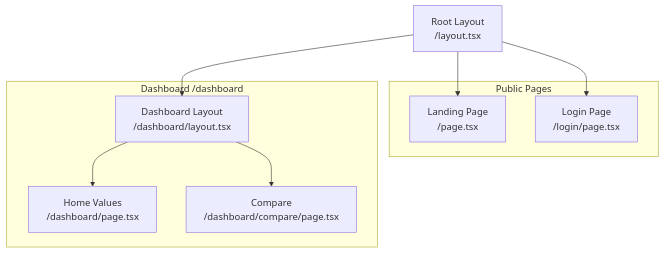
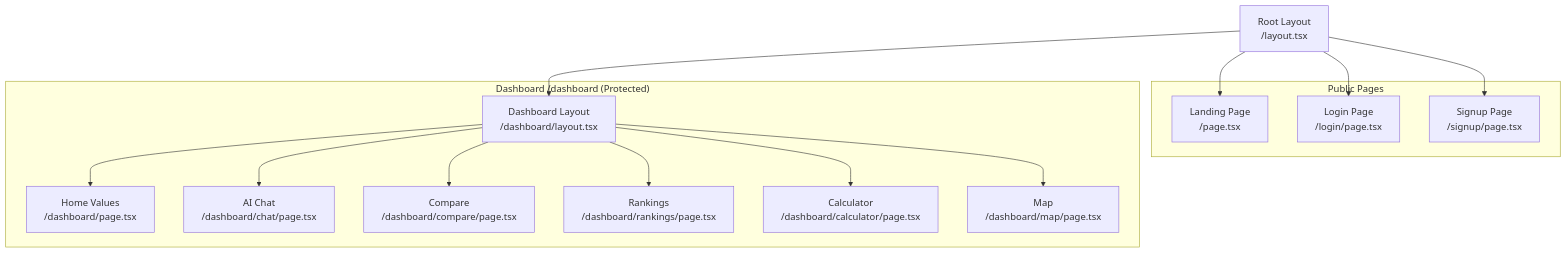
Before and after one commit to HousingIQ/housingiq-app: the diagram in docs/05-frontend.md, drawn with Mermaid. The commit also changed other lines of this file and 13 other files, not shown here.

````diff
--- a/docs/05-frontend.md
+++ b/docs/05-frontend.md
@@ -9,19 +9,29 @@
 ```mermaid
 graph TD
     subgraph Public["Public Pages"]
         LP[Landing Page<br/>/page.tsx]
         LG[Login Page<br/>/login/page.tsx]
+        SG[Signup Page<br/>/signup/page.tsx]
     end
 
-    subgraph Dashboard["Dashboard /dashboard"]
+    subgraph Dashboard["Dashboard /dashboard (Protected)"]
         DL[Dashboard Layout<br/>/dashboard/layout.tsx]
         DH[Home Values<br/>/dashboard/page.tsx]
+        CHAT[AI Chat<br/>/dashboard/chat/page.tsx]
         DC[Compare<br/>/dashboard/compare/page.tsx]
+        DR[Rankings<br/>/dashboard/rankings/page.tsx]
+        DCALC[Calculator<br/>/dashboard/calculator/page.tsx]
+        DM[Map<br/>/dashboard/map/page.tsx]
     end
 
     ROOT[Root Layout<br/>/layout.tsx] --> LP
     ROOT --> LG
+    ROOT --> SG
     ROOT --> DL
     DL --> DH
+    DL --> CHAT
     DL --> DC
+    DL --> DR
+    DL --> DCALC
+    DL --> DM
 ```
````
